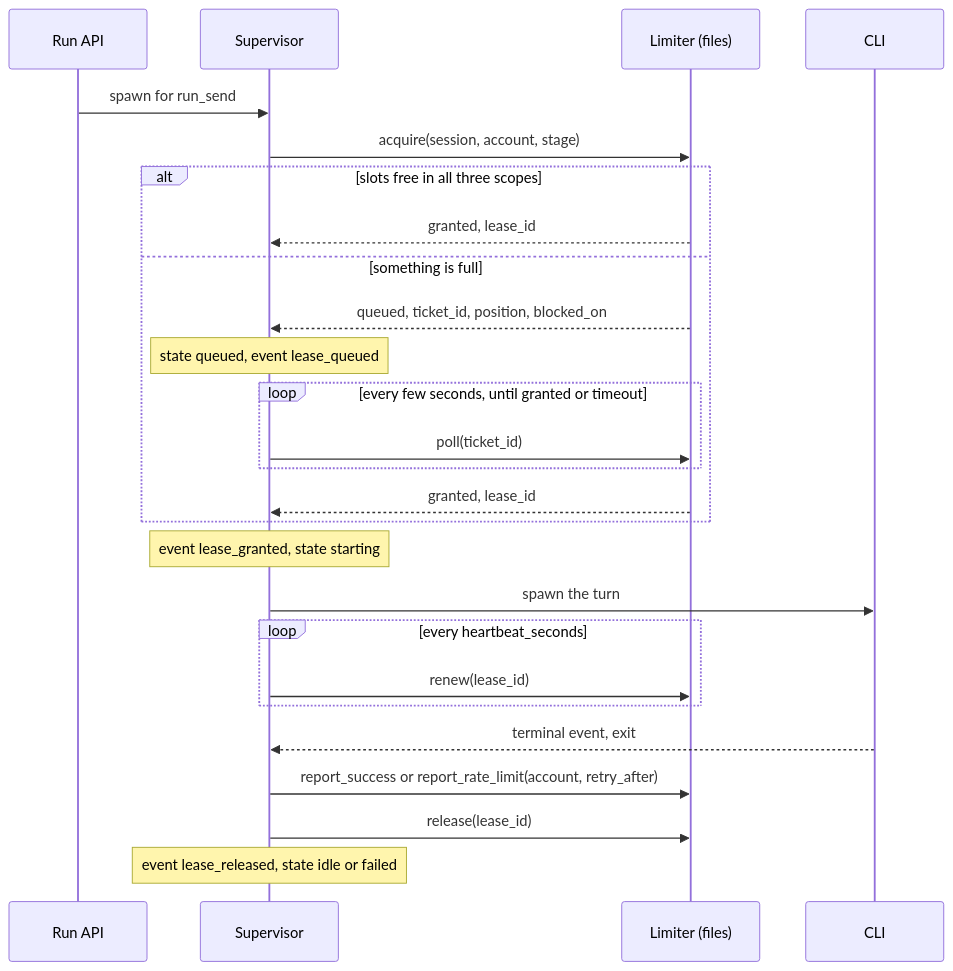
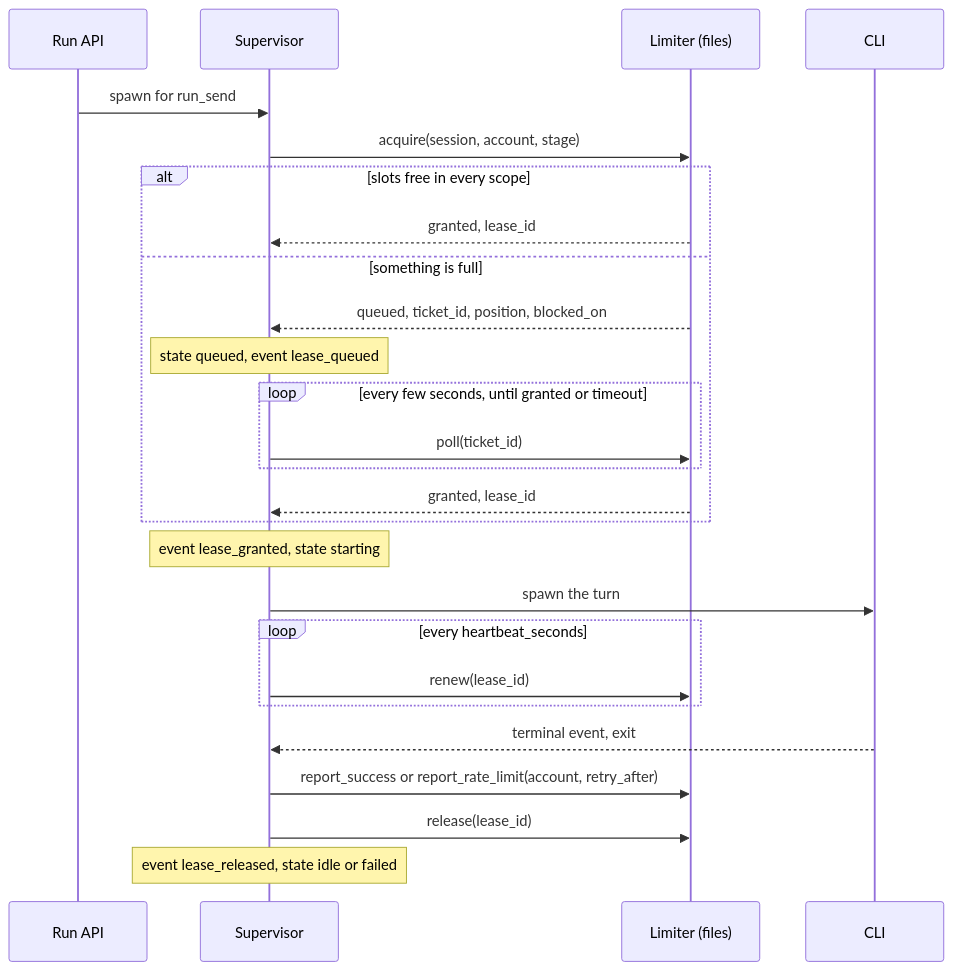
One commit to lucky-goals/goals-tmux-skill changed the fifth of 6 diagrams in docs/proposals/2026-11-13-cli-platform-final-design.md. Above: the diagram before and after it, drawn with Mermaid. The commit also changed other lines of this file and 18 other files, not shown here.

````diff
--- a/docs/proposals/2026-11-13-cli-platform-final-design.md
+++ b/docs/proposals/2026-11-13-cli-platform-final-design.md
@@ -573,28 +802,28 @@
 ```mermaid
 sequenceDiagram
     participant A as Run API
     participant S as Supervisor
     participant L as Limiter (files)
     participant C as CLI
     A->>S: spawn for run_send
     S->>L: acquire(session, account, stage)
-    alt slots free in all three scopes
+    alt slots free in every scope
         L-->>S: granted, lease_id
     else something is full
         L-->>S: queued, ticket_id, position, blocked_on
         Note over S: state queued, event lease_queued
         loop every few seconds, until granted or timeout
             S->>L: poll(ticket_id)
         end
         L-->>S: granted, lease_id
     end
     Note over S: event lease_granted, state starting
     S->>C: spawn the turn
     loop every heartbeat_seconds
         S->>L: renew(lease_id)
     end
     C-->>S: terminal event, exit
     S->>L: report_success or report_rate_limit(account, retry_after)
     S->>L: release(lease_id)
     Note over S: event lease_released, state idle or failed
 ```
````
